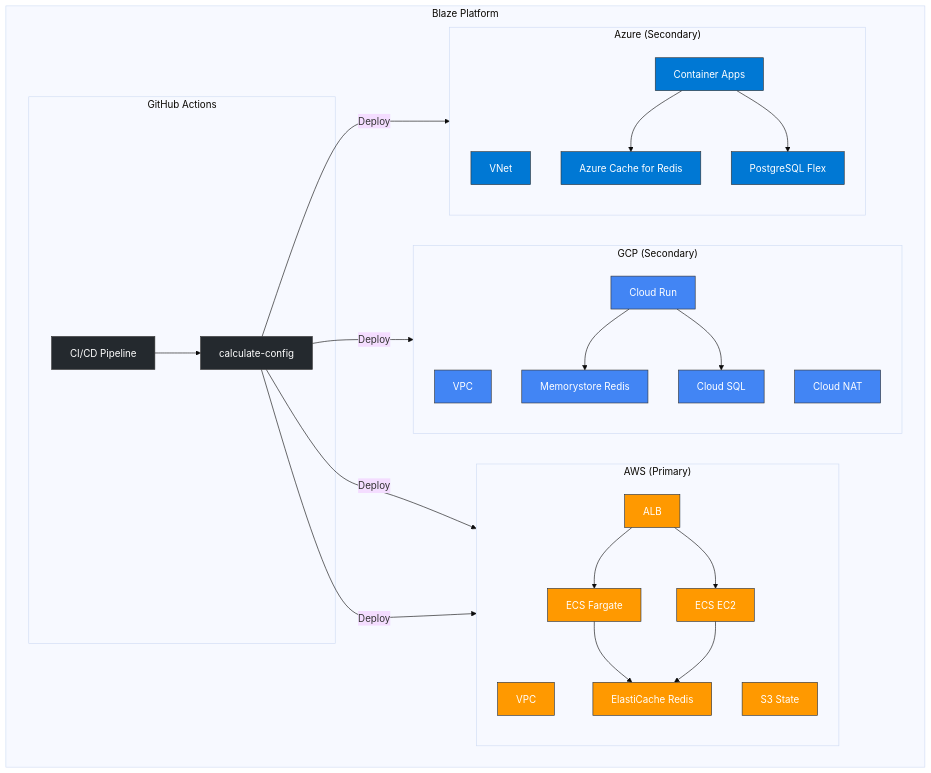
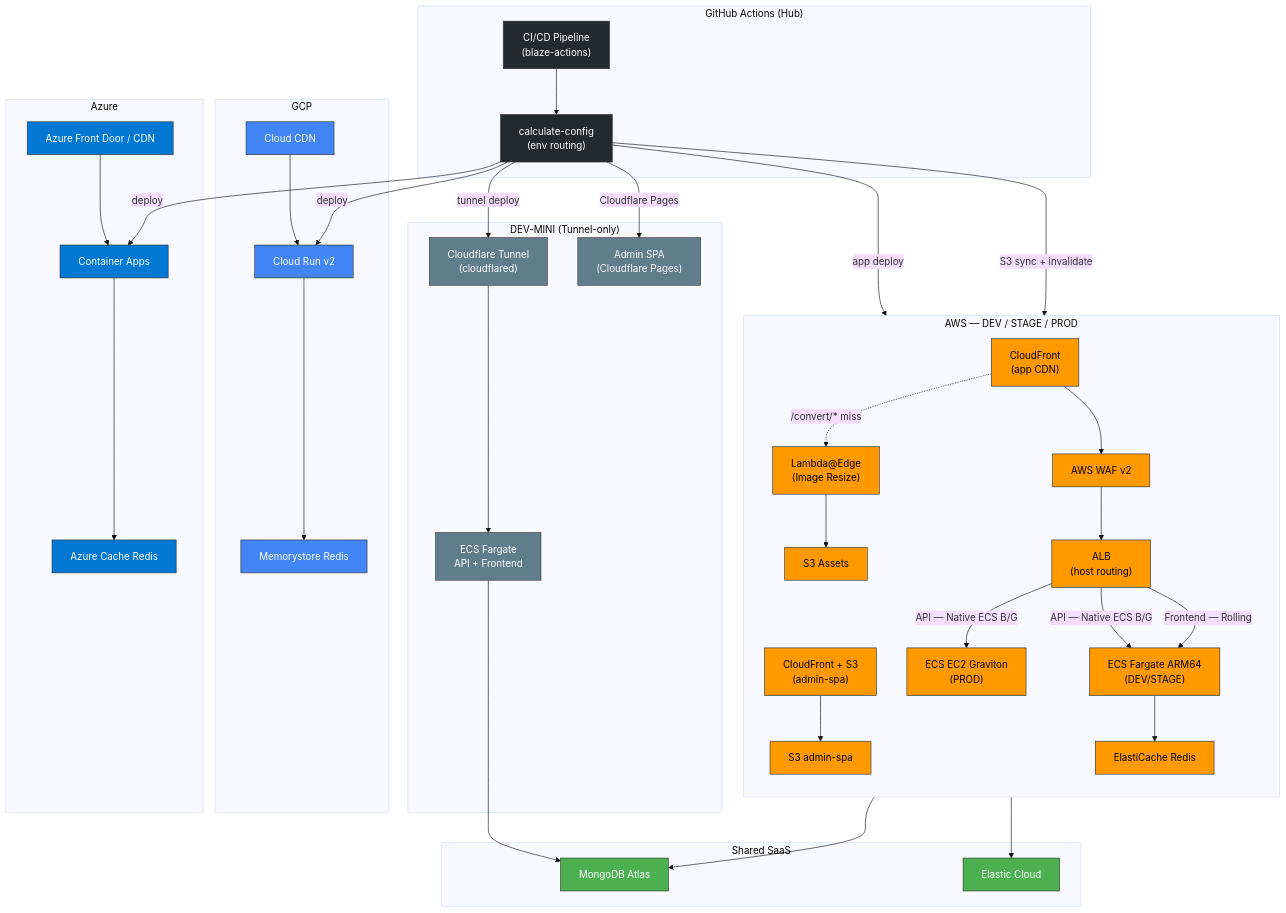
The diagram in docs/graphs/multi_cloud_topology.mermaid (thisisblaze/blaze-actions), drawn with Mermaid (base theme) before and after one commit. The commit also changed 6 other files, not shown here.

```diff
--- a/docs/graphs/multi_cloud_topology.mermaid
+++ b/docs/graphs/multi_cloud_topology.mermaid
@@ -1,60 +1,89 @@
+%% Blaze Multi-Cloud Topology — Updated 2026-02-27
+%% DEV-MINI: Cloudflare Tunnel only (Admin on Cloudflare Pages)
+%% DEV / STAGE / PROD: Full AWS stack (CloudFront + ALB + ECS, Admin on CloudFront+S3)
+
 graph TB
-    subgraph "Blaze Platform"
-        subgraph "GitHub Actions"
-            CI[CI/CD Pipeline]
-            CALC[calculate-config]
-            CI --> CALC
-        end
-
-        subgraph "AWS (Primary)"
-            direction TB
-            AWS_VPC[VPC]
-            AWS_ALB[ALB]
-            AWS_FARGATE[ECS Fargate]
-            AWS_EC2[ECS EC2]
-            AWS_REDIS[ElastiCache Redis]
-            AWS_S3[S3 State]
-            
-            CALC -->|Deploy| AWS_FARGATE
-            CALC -->|Deploy| AWS_EC2
-            AWS_ALB --> AWS_FARGATE
-            AWS_ALB --> AWS_EC2
-            AWS_FARGATE --> AWS_REDIS
-            AWS_EC2 --> AWS_REDIS
-        end
-
-        subgraph "GCP (Secondary)"
-            direction TB
-            GCP_VPC[VPC]
-            GCP_NAT[Cloud NAT]
-            GCP_RUN[Cloud Run]
-            GCP_MEM[Memorystore Redis]
-            GCP_SQL[Cloud SQL]
-            
-            CALC -->|Deploy| GCP_RUN
-            GCP_RUN --> GCP_MEM
-            GCP_RUN --> GCP_SQL
-        end
-
-        subgraph "Azure (Secondary)"
-            direction TB
-            AZ_VNET[VNet]
-            AZ_ACA[Container Apps]
-            AZ_REDIS[Azure Cache for Redis]
-            AZ_PG[PostgreSQL Flex]
-            
-            CALC -->|Deploy| AZ_ACA
-            AZ_ACA --> AZ_REDIS
-            AZ_ACA --> AZ_PG
-        end
+    subgraph GH["GitHub Actions (Hub)"]
+        CI["CI/CD Pipeline\n(blaze-actions)"]
+        CALC["calculate-config\n(env routing)"]
+        CI --> CALC
     end
 
-    classDef aws fill:#FF9900,stroke:#232F3E,color:white;
-    classDef gcp fill:#4285F4,stroke:#333333,color:white;
-    classDef azure fill:#0078D4,stroke:#333333,color:white;
-    classDef gh fill:#24292e,stroke:#333333,color:white;
+    subgraph DEVMINI["DEV-MINI (Tunnel-only)"]
+        CF_TUNNEL["Cloudflare Tunnel\n(cloudflared)"]
+        CF_ADMIN["Admin SPA\n(Cloudflare Pages)"]
+        ECS_MINI["ECS Fargate\nAPI + Frontend"]
+        CF_TUNNEL --> ECS_MINI
+    end
 
-    class AWS_VPC,AWS_ALB,AWS_FARGATE,AWS_EC2,AWS_REDIS,AWS_S3 aws;
-    class GCP_VPC,GCP_NAT,GCP_RUN,GCP_MEM,GCP_SQL gcp;
-    class AZ_VNET,AZ_ACA,AZ_REDIS,AZ_PG azure;
+    subgraph AWS["AWS — DEV / STAGE / PROD"]
+        direction TB
+        AWS_CF["CloudFront\n(app CDN)"]
+        AWS_ADMIN_CF["CloudFront + S3\n(admin-spa)"]
+        AWS_LE["Lambda@Edge\n(Image Resize)"]
+        AWS_WAF["AWS WAF v2"]
+        AWS_ALB["ALB\n(host routing)"]
+        AWS_FARGATE["ECS Fargate ARM64\n(DEV/STAGE)"]
+        AWS_EC2["ECS EC2 Graviton\n(PROD)"]
+        AWS_REDIS["ElastiCache Redis"]
+        AWS_S3_ASSETS["S3 Assets"]
+        AWS_S3_ADMIN["S3 admin-spa"]
+
+        AWS_CF --> AWS_WAF
+        AWS_CF -.->|"/convert/* miss"| AWS_LE
+        AWS_LE --> AWS_S3_ASSETS
+        AWS_WAF --> AWS_ALB
+        AWS_ALB -->|"API — Native ECS B/G"| AWS_FARGATE
+        AWS_ALB -->|"API — Native ECS B/G"| AWS_EC2
+        AWS_ALB -->|"Frontend — Rolling"| AWS_FARGATE
+        AWS_ADMIN_CF --> AWS_S3_ADMIN
+        AWS_FARGATE --> AWS_REDIS
+    end
+
+    subgraph GCP["GCP"]
+        GCP_RUN["Cloud Run v2"]
+        GCP_CDN["Cloud CDN"]
+        GCP_MEM["Memorystore Redis"]
+        GCP_CDN --> GCP_RUN
+        GCP_RUN --> GCP_MEM
+    end
+
+    subgraph Azure["Azure"]
+        AZ_ACA["Container Apps"]
+        AZ_CDN["Azure Front Door / CDN"]
+        AZ_REDIS["Azure Cache Redis"]
+        AZ_CDN --> AZ_ACA
+        AZ_ACA --> AZ_REDIS
+    end
+
+    subgraph SaaS["Shared SaaS"]
+        MONGO["MongoDB Atlas"]
+        ELASTIC["Elastic Cloud"]
+    end
+
+    %% CI deploys to each env
+    CALC -->|"tunnel deploy"| CF_TUNNEL
+    CALC -->|"Cloudflare Pages"| CF_ADMIN
+    CALC -->|"app deploy"| AWS_CF
+    CALC -->|"S3 sync + invalidate"| AWS_S3_ADMIN
+    CALC -->|deploy| GCP_RUN
+    CALC -->|deploy| AZ_ACA
+
+    %% SaaS connections
+    ECS_MINI --> MONGO
+    AWS_FARGATE --> MONGO
+    AWS_FARGATE --> ELASTIC
+
+    classDef aws fill:#FF9900,stroke:#232F3E,color:#000;
+    classDef gcp fill:#4285F4,stroke:#333,color:#fff;
+    classDef azure fill:#0078D4,stroke:#333,color:#fff;
+    classDef gh fill:#24292e,stroke:#333,color:#fff;
+    classDef devmini fill:#607D8B,stroke:#333,color:#fff;
+    classDef saas fill:#4CAF50,stroke:#333,color:#fff;
+
+    class AWS_CF,AWS_ADMIN_CF,AWS_LE,AWS_WAF,AWS_ALB,AWS_FARGATE,AWS_EC2,AWS_REDIS,AWS_S3_ASSETS,AWS_S3_ADMIN aws;
+    class GCP_RUN,GCP_CDN,GCP_MEM gcp;
+    class AZ_ACA,AZ_CDN,AZ_REDIS azure;
     class CI,CALC gh;
+    class CF_TUNNEL,CF_ADMIN,ECS_MINI devmini;
+    class MONGO,ELASTIC saas;
```
